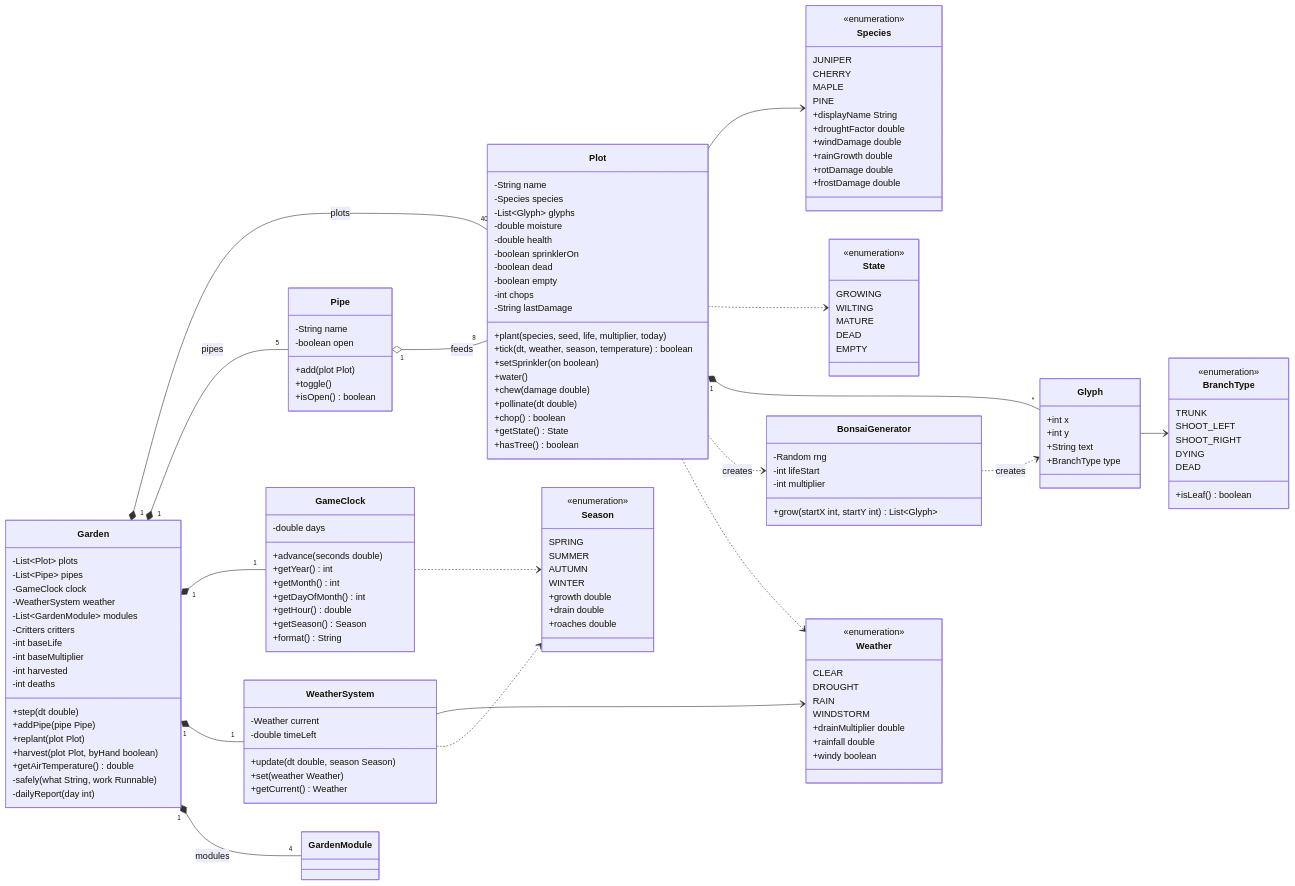
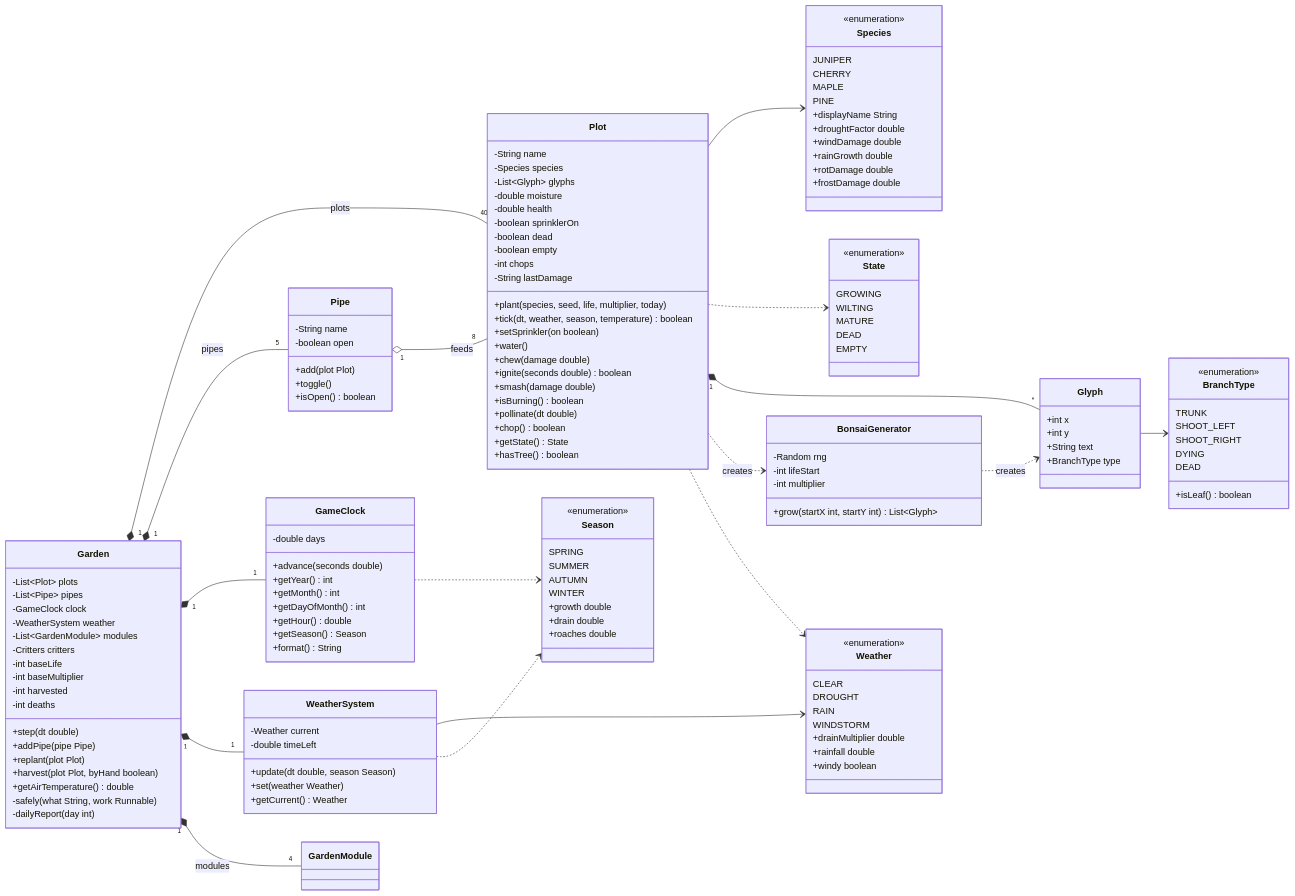
One commit to Hstrauss1/gitgarden changed the second of 11 diagrams in docs/UML.md. Above: the diagram before and after it, drawn with Mermaid. The commit also changed other lines of this file and 14 other files, not shown here.

```diff
--- a/docs/UML.md
+++ b/docs/UML.md
@@ -107,6 +113,9 @@
         +setSprinkler(on boolean)
         +water()
         +chew(damage double)
+        +ignite(seconds double) boolean
+        +smash(damage double)
+        +isBurning() boolean
         +pollinate(dt double)
         +chop() boolean
         +getState() State
```
